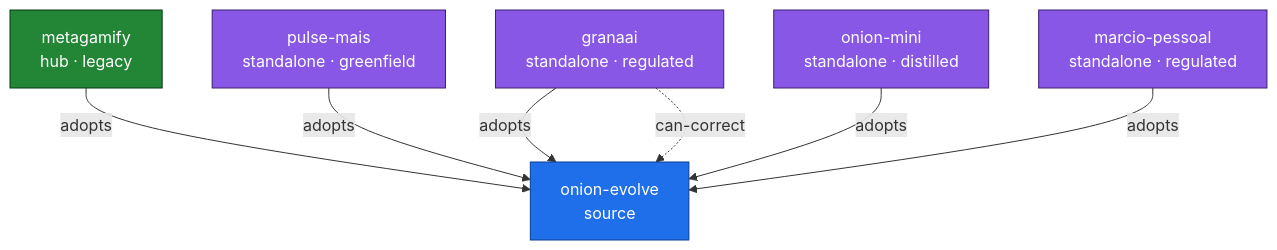
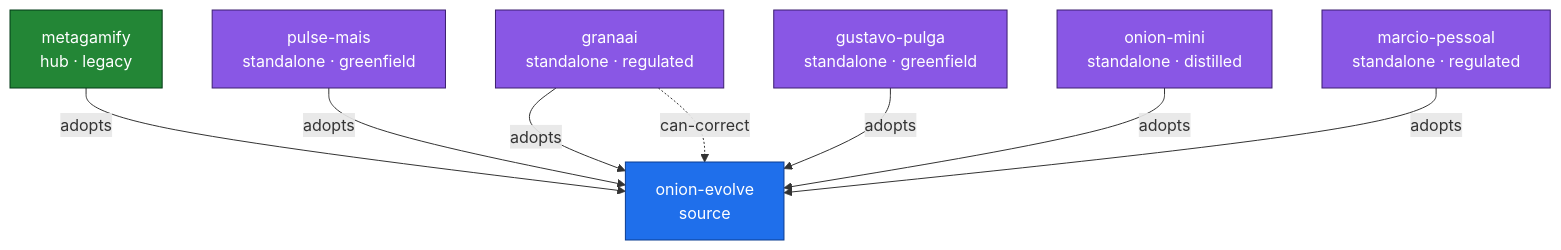
One commit to marciocar/onion-evolve changed the diagram in docs/onion/federation-map.md. Above: the diagram before and after it, drawn with Mermaid. The commit also changed other lines of this file and 11 other files, not shown here.

````diff
--- a/docs/onion/federation-map.md
+++ b/docs/onion/federation-map.md
@@ -6,18 +6,20 @@
 ```mermaid
 flowchart TD
   onion_evolve["onion-evolve<br/>source"]:::source
   metagamify["metagamify<br/>hub · legacy"]:::hub
   pulse_mais["pulse-mais<br/>standalone · greenfield"]:::standalone
   granaai["granaai<br/>standalone · regulated"]:::standalone
+  gustavo_pulga["gustavo-pulga<br/>standalone · greenfield"]:::standalone
   onion_mini["onion-mini<br/>standalone · distilled"]:::standalone
   marcio_pessoal["marcio-pessoal<br/>standalone · regulated"]:::standalone
   metagamify -->|adopts| onion_evolve
   pulse_mais -->|adopts| onion_evolve
   granaai -->|adopts| onion_evolve
   granaai -.->|can-correct| onion_evolve
+  gustavo_pulga -->|adopts| onion_evolve
   onion_mini -->|adopts| onion_evolve
   marcio_pessoal -->|adopts| onion_evolve
   classDef source fill:#1f6feb,color:#fff,stroke:#0b3d91;
   classDef hub fill:#238636,color:#fff,stroke:#033a16;
   classDef standalone fill:#8957e5,color:#fff,stroke:#3c1e70;
 ```
````
